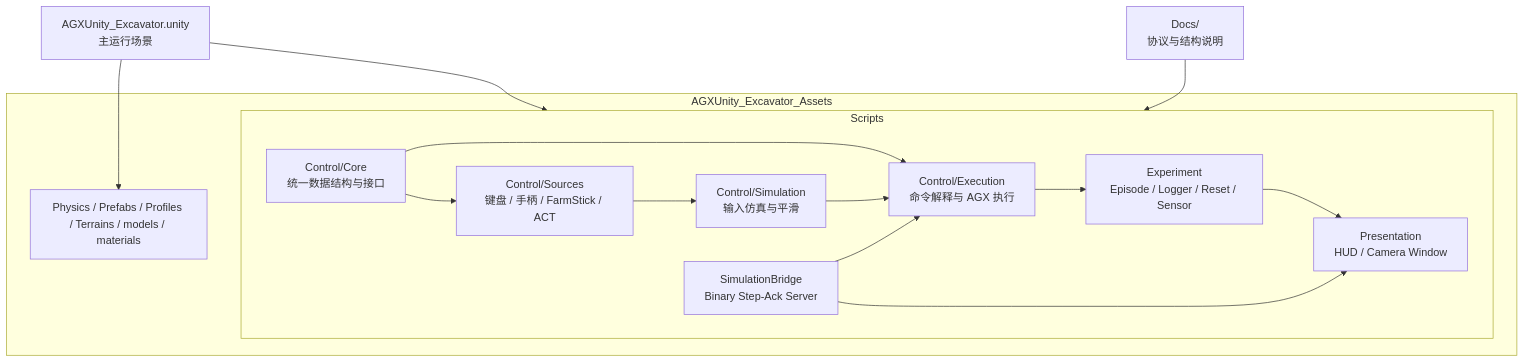
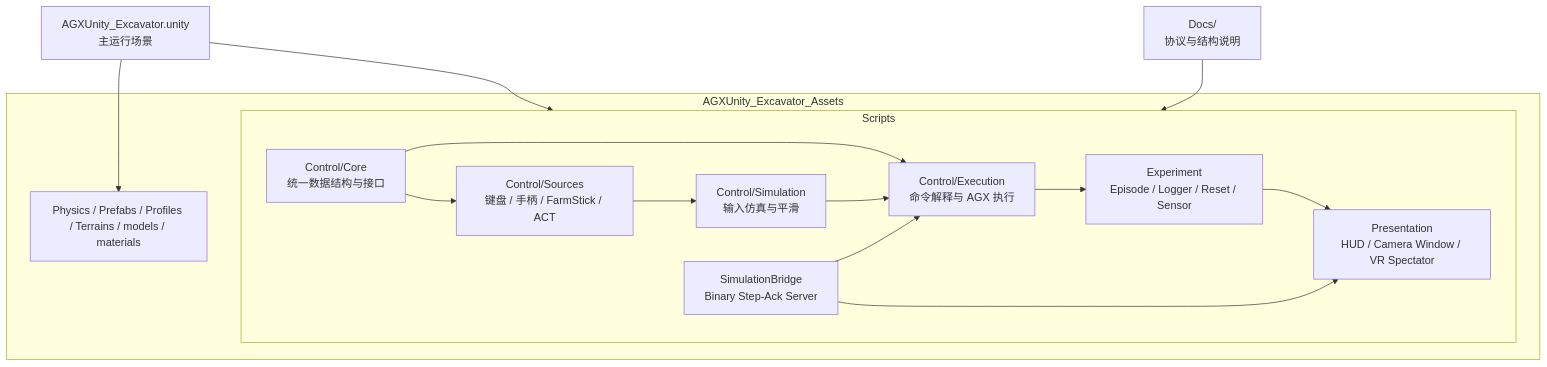
The first of 2 diagrams in Docs/excavator_current_project_structure.md (FansenXi/AGXExcavatorCodeDoc), drawn with Mermaid before and after one commit. The commit also changed other lines of this file and 3 other files, not shown here.

````diff
--- a/Docs/excavator_current_project_structure.md
+++ b/Docs/excavator_current_project_structure.md
@@ -119,31 +119,31 @@
 ```mermaid
 flowchart TB
   Scene["AGXUnity_Excavator.unity<br/>主运行场景"]
   Docs["Docs/<br/>协议与结构说明"]
 
   subgraph Assets["AGXUnity_Excavator_Assets"]
     subgraph Scripts["Scripts"]
       Core["Control/Core<br/>统一数据结构与接口"]
       Sources["Control/Sources<br/>键盘 / 手柄 / FarmStick / ACT"]
       Sim["Control/Simulation<br/>输入仿真与平滑"]
       Exec["Control/Execution<br/>命令解释与 AGX 执行"]
       Exp["Experiment<br/>Episode / Logger / Reset / Sensor"]
-      Present["Presentation<br/>HUD / Camera Window"]
+      Present["Presentation<br/>HUD / Camera Window / VR Spectator"]
       Bridge["SimulationBridge<br/>Binary Step-Ack Server"]
     end
 
     Physics["Physics / Prefabs / Profiles / Terrains / models / materials"]
   end
 
   Scene --> Scripts
   Scene --> Physics
   Docs --> Scripts
   Core --> Sources
   Core --> Exec
   Sources --> Sim
   Sim --> Exec
   Exec --> Exp
   Exp --> Present
   Bridge --> Exec
   Bridge --> Present
 ```
````
